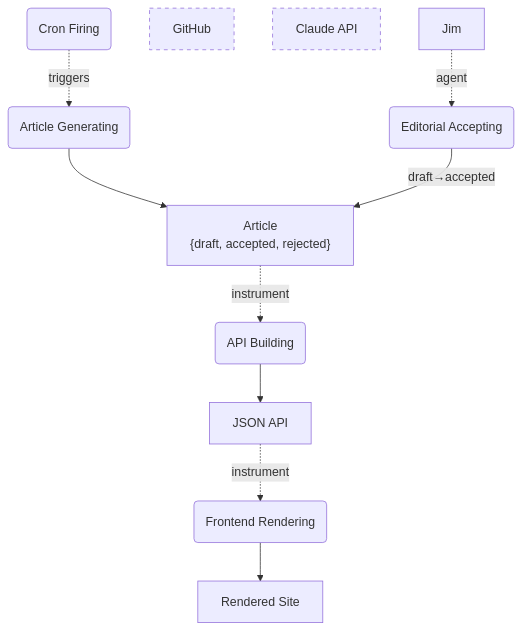
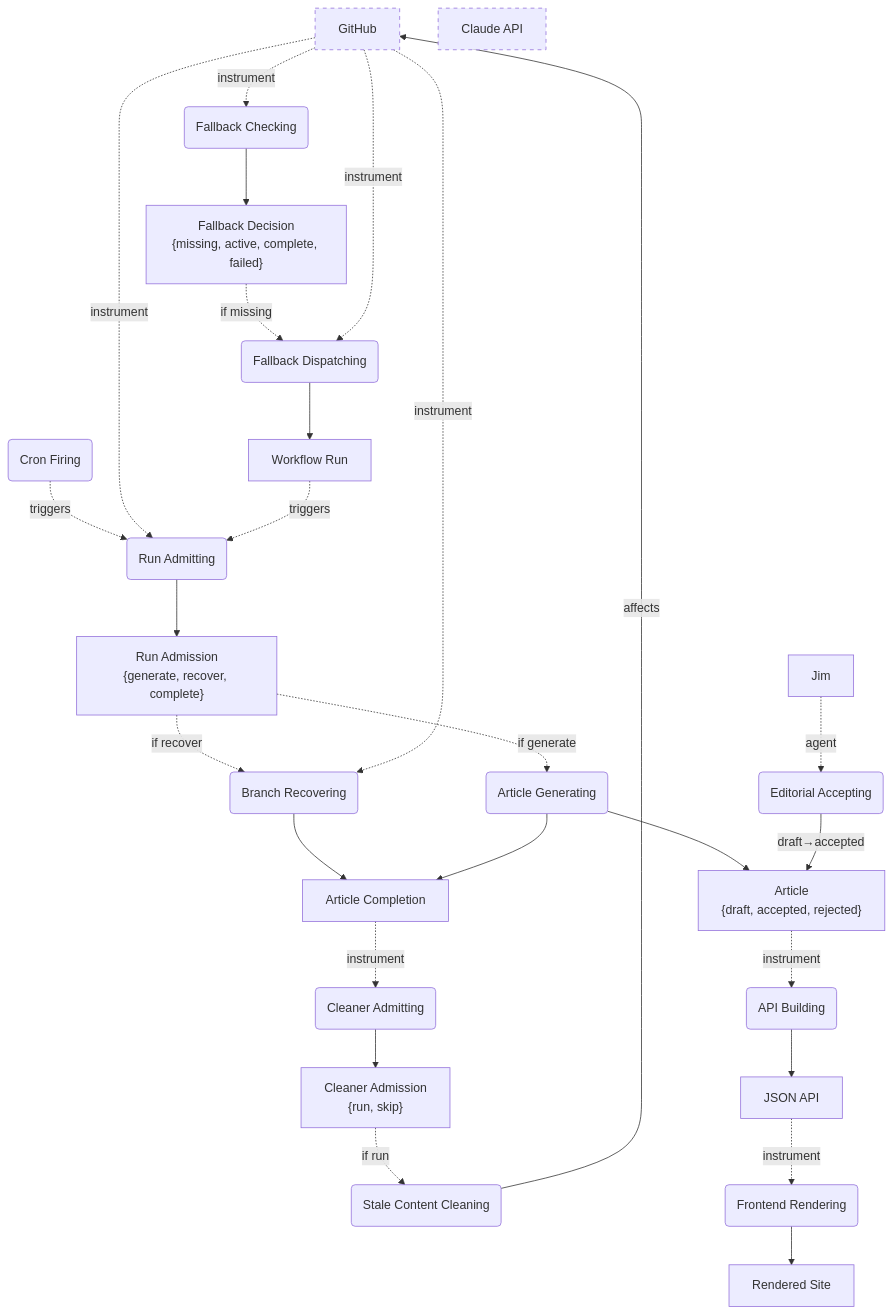
One commit to ojfbot/daily-logger changed the first of 2 diagrams in opm/system.md. Above: the diagram before and after it, drawn with Mermaid. The commit also changed other lines of this file and 8 other files, not shown here.

````diff
--- a/opm/system.md
+++ b/opm/system.md
@@ -9,27 +9,54 @@
 ```mermaid
 flowchart TD
-  Jim[Jim]
-  GitHub[GitHub]
-  ClaudeAPI[Claude API]
+  Jim["Jim"]
+  GitHub["GitHub"]
+  ClaudeAPI["Claude API"]
   Article["Article<br/>{draft, accepted, rejected}"]
-  JSONAPI[JSON API]
-  RenderedSite[Rendered Site]
-
-  CronFiring(Cron Firing)
-  ArticleGenerating(Article Generating)
-  EditorialAccepting(Editorial Accepting)
-  APIBuilding(API Building)
-  FrontendRendering(Frontend Rendering)
+  RunAdmission["Run Admission<br/>{generate, recover, complete}"]
+  CronFiring("Cron Firing")
+  RunAdmitting("Run Admitting")
+  ArticleGenerating("Article Generating")
+  BranchRecovering("Branch Recovering")
+  ArticleCompletion["Article Completion"]
+  CleanerAdmitting("Cleaner Admitting")
+  CleanerAdmission["Cleaner Admission<br/>{run, skip}"]
+  StaleContentCleaning("Stale Content Cleaning")
+  FallbackChecking("Fallback Checking")
+  FallbackDecision["Fallback Decision<br/>{missing, active, complete, failed}"]
+  FallbackDispatching("Fallback Dispatching")
+  WorkflowRun["Workflow Run"]
+  EditorialAccepting("Editorial Accepting")
+  APIBuilding("API Building")
+  JSONAPI["JSON API"]
+  FrontendRendering("Frontend Rendering")
+  RenderedSite["Rendered Site"]
 
   style GitHub stroke-dasharray: 5 5
   style ClaudeAPI stroke-dasharray: 5 5
 
-  CronFiring -. triggers .-> ArticleGenerating
+  CronFiring -. triggers .-> RunAdmitting
+  GitHub -. instrument .-> RunAdmitting
+  RunAdmitting --> RunAdmission
+  RunAdmission -. if generate .-> ArticleGenerating
+  RunAdmission -. if recover .-> BranchRecovering
+  GitHub -. instrument .-> BranchRecovering
+  BranchRecovering --> ArticleCompletion
+  ArticleGenerating --> ArticleCompletion
+  ArticleCompletion -. instrument .-> CleanerAdmitting
+  CleanerAdmitting --> CleanerAdmission
+  CleanerAdmission -. if run .-> StaleContentCleaning
+  StaleContentCleaning -- affects --> GitHub
+  GitHub -. instrument .-> FallbackChecking
+  FallbackChecking --> FallbackDecision
+  FallbackDecision -. if missing .-> FallbackDispatching
+  GitHub -. instrument .-> FallbackDispatching
+  FallbackDispatching --> WorkflowRun
+  WorkflowRun -. triggers .-> RunAdmitting
   ArticleGenerating --> Article
   Jim -. agent .-> EditorialAccepting
   EditorialAccepting -- draft→accepted --> Article
   Article -. instrument .-> APIBuilding
   APIBuilding --> JSONAPI
   JSONAPI -. instrument .-> FrontendRendering
   FrontendRendering --> RenderedSite
 ```
````
